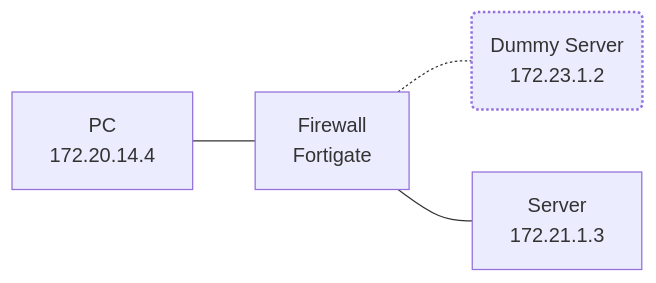
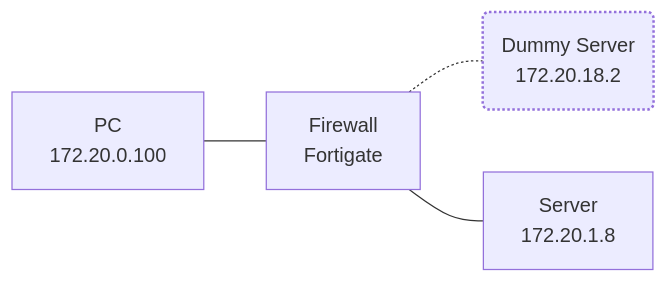
Before and after one commit to saprayworld/cloudflare-next-site-content: the diagram in blog/linux/dnat-fortigate-lan-to-lan.mdx, drawn with Mermaid. The commit also changed other lines of this file, not shown here.

````diff
--- a/blog/linux/dnat-fortigate-lan-to-lan.mdx
+++ b/blog/linux/dnat-fortigate-lan-to-lan.mdx
@@ -22,8 +22,8 @@
 ```mermaid
 flowchart LR
-    PC["PC<br>172.20.14.4"] --- F["Firewall<br>Fortigate"]
-    F -.- G("Dummy Server<br>172.23.1.2")
-    F --- S["Server<br>172.21.1.3"]
+    PC["PC<br>172.20.0.100"] --- F["Firewall<br>Fortigate"]
+    F -.- G("Dummy Server<br>172.20.18.2")
+    F --- S["Server<br>172.20.1.8"]
 
     style G stroke-width:2px,stroke-dasharray: 2
 ```
````
